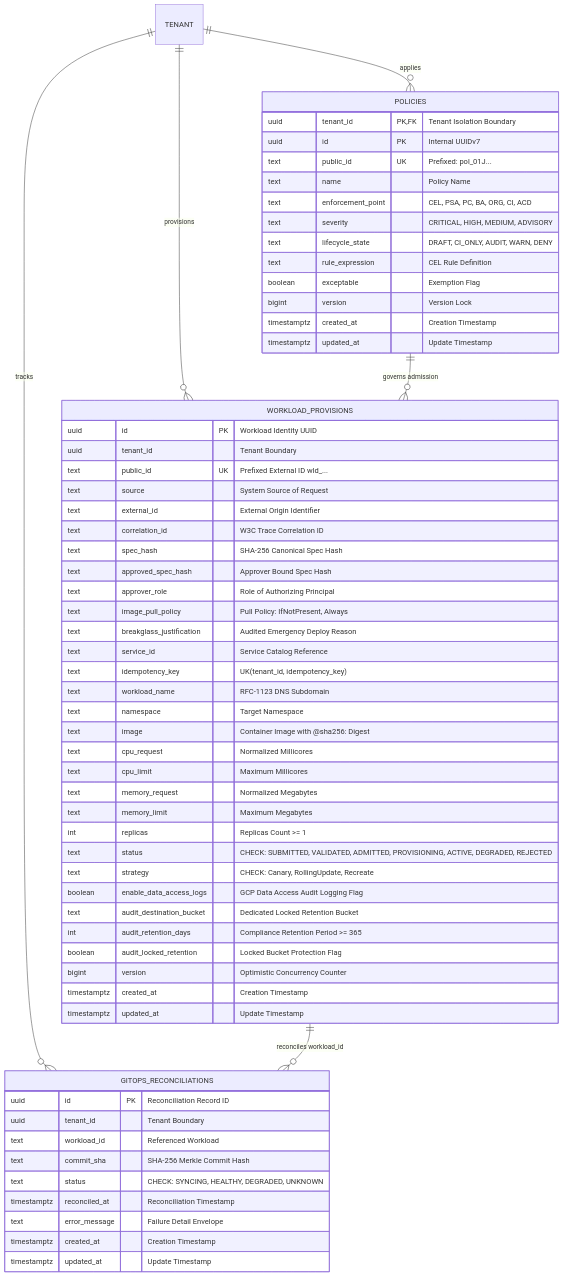
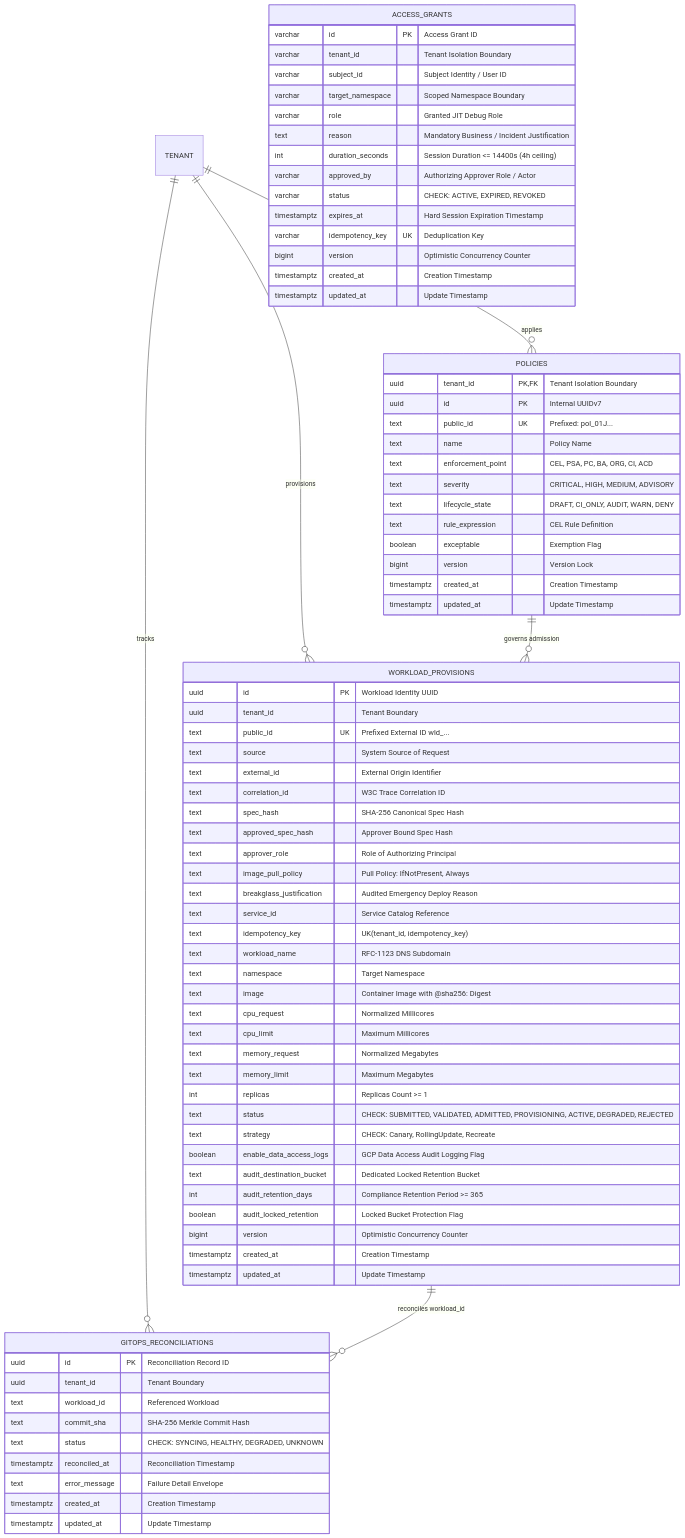
The fourth of 4 diagrams in docs/features/kubernetes-workload-provisioning/diagrams.md (Chief-Strategist-J/internal-developer-platform), drawn with Mermaid before and after one commit. The commit also changed 17 other files, not shown here.

Commit message:
feat(access): implement 4.9 JIT access grants session ceiling and nodes proxy prohibition

````diff
--- a/docs/features/kubernetes-workload-provisioning/diagrams.md
+++ b/docs/features/kubernetes-workload-provisioning/diagrams.md
@@ -270,4 +270,21 @@
         timestamptz created_at "Creation Timestamp"
         timestamptz updated_at "Update Timestamp"
     }
+
+    ACCESS_GRANTS {
+        varchar id PK "Access Grant ID"
+        varchar tenant_id "Tenant Isolation Boundary"
+        varchar subject_id "Subject Identity / User ID"
+        varchar target_namespace "Scoped Namespace Boundary"
+        varchar role "Granted JIT Debug Role"
+        text reason "Mandatory Business / Incident Justification"
+        int duration_seconds "Session Duration <= 14400s (4h ceiling)"
+        varchar approved_by "Authorizing Approver Role / Actor"
+        varchar status "CHECK: ACTIVE, EXPIRED, REVOKED"
+        timestamptz expires_at "Hard Session Expiration Timestamp"
+        varchar idempotency_key UK "Deduplication Key"
+        bigint version "Optimistic Concurrency Counter"
+        timestamptz created_at "Creation Timestamp"
+        timestamptz updated_at "Update Timestamp"
+    }
 ```
````
